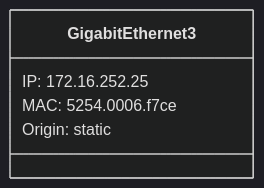
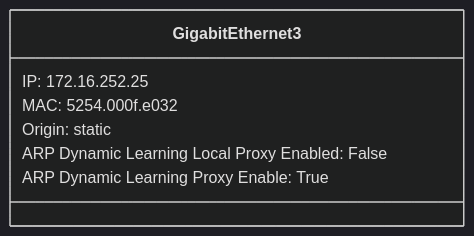
The fourth of 11 diagrams in Examples/IOS-XE/dist-rtr01 arp class.md (automateyournetwork/pyYAHTS), drawn with Mermaid (dark theme) before and after one commit. The commit also changed other lines of this file and 34 other files, not shown here.

Commit message:
ios-xe class diagrams

````diff
--- a/Examples/IOS-XE/dist-rtr01 arp class.md
+++ b/Examples/IOS-XE/dist-rtr01 arp class.md
@@ -26,8 +32,10 @@
 ```mermaid
 classDiagram
 class GigabitEthernet3{
 IP: 172.16.252.25
-MAC: 5254.0006.f7ce
+MAC: 5254.000f.e032
 Origin: static
+ARP Dynamic Learning Local Proxy Enabled: False
+ARP Dynamic Learning Proxy Enable: True
 }
 ```
````
